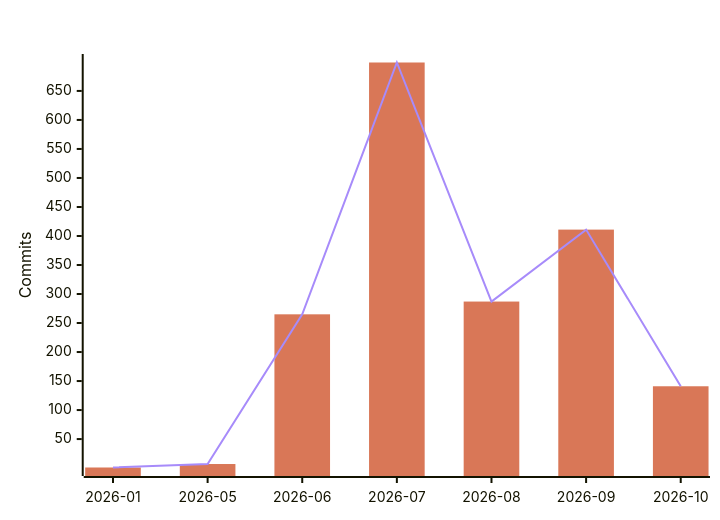
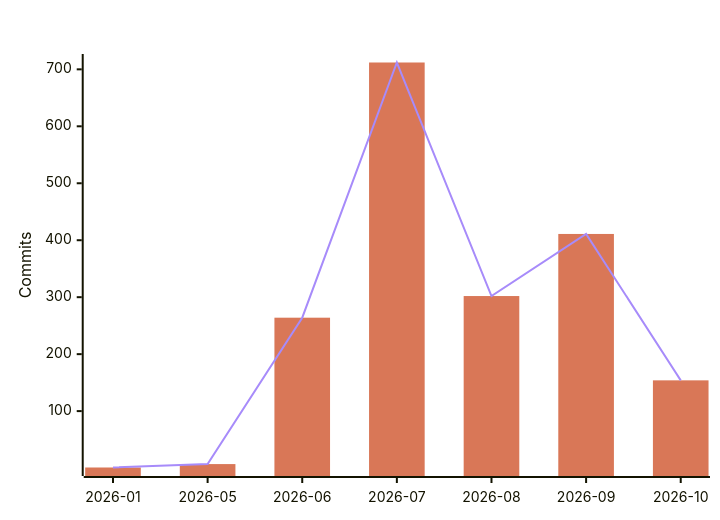
One commit to polo-nyan/polo-nyan changed the fourth of 7 diagrams in README.md. Above: the diagram before and after it, drawn with Mermaid. The commit also changed other lines of this file and 1 other file, not shown here.

````diff
--- a/README.md
+++ b/README.md
@@ -294,9 +294,9 @@
 ```mermaid
 %%{init: {"xyChart": {"titleColor": "#ffffff", "xAxisLabelColor": "#ffffff", "yAxisLabelColor": "#ffffff"}, "themeVariables": {"xyChart": {"titleColor": "#ffffff", "plotColorPalette": "#d97757, #a78bfa"}}}}%%
 xychart-beta
     title "AI-Assisted Commits Per Month"
     x-axis ["2026-01", "2026-05", "2026-06", "2026-07", "2026-08", "2026-09", "2026-10"]
     y-axis "Commits"
-    bar [1, 7, 265, 699, 287, 411, 141]
-    line [1, 7, 265, 699, 287, 411, 141]
+    bar [1, 7, 264, 712, 302, 411, 154]
+    line [1, 7, 264, 712, 302, 411, 154]
 ```
````
